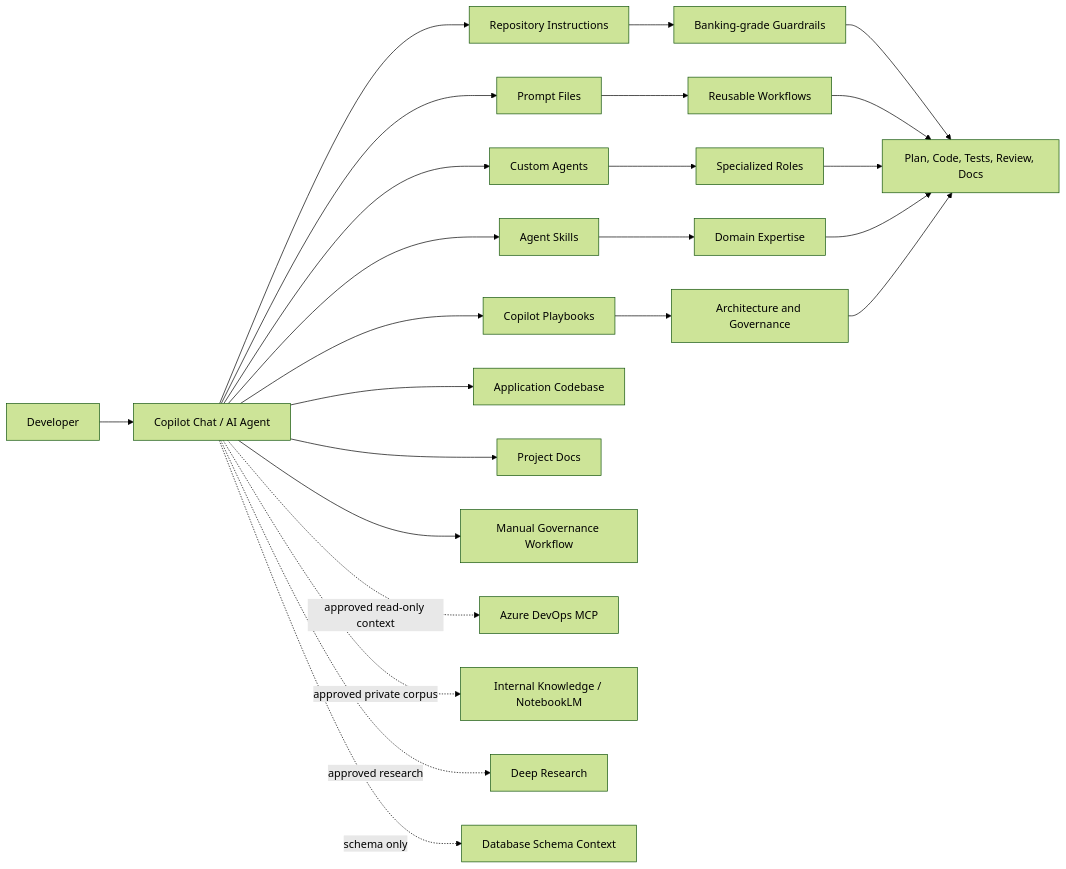
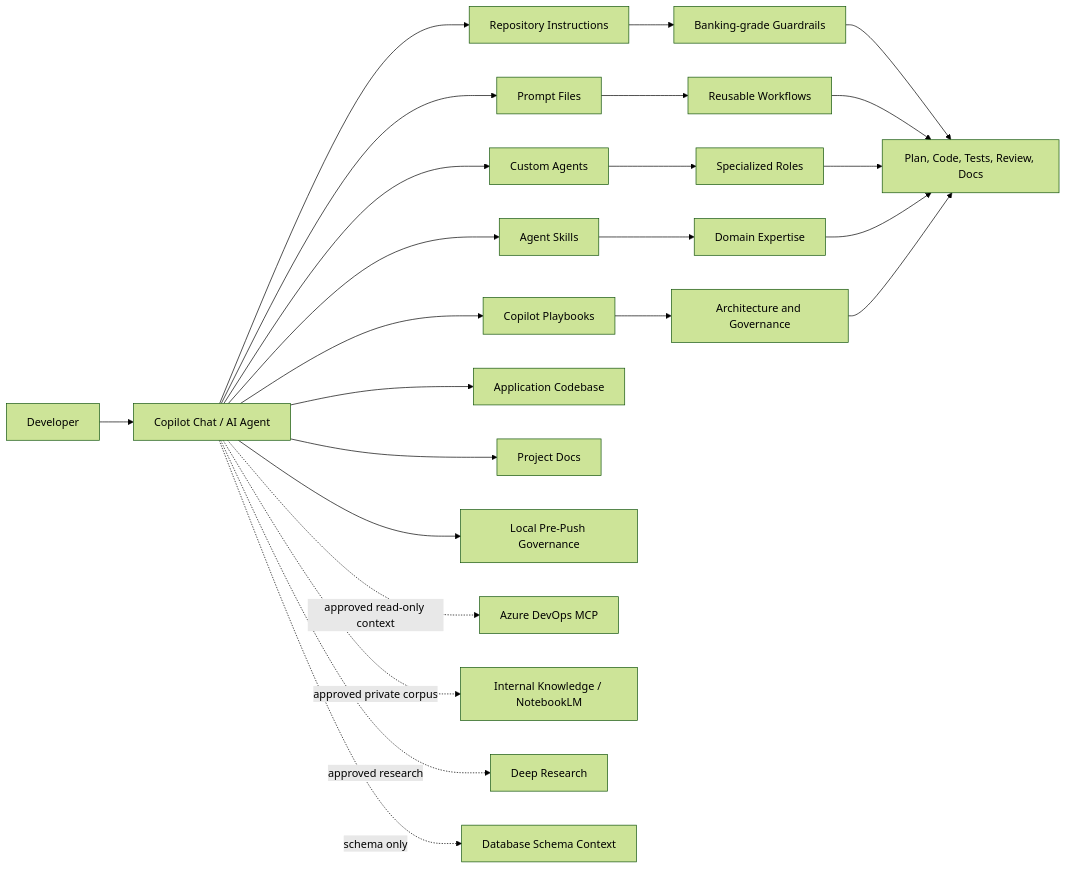
Before and after one commit to phatnguyentan11/AI_SKILLS: the first of 4 diagrams in .github/docs/ai-project-developer-guide.md, drawn with Mermaid (forest theme). The commit also changed other lines of this file and 16 other files, not shown here.

````diff
--- a/.github/docs/ai-project-developer-guide.md
+++ b/.github/docs/ai-project-developer-guide.md
@@ -98,30 +98,30 @@
 ```mermaid
 flowchart LR
     Dev[Developer] --> Chat[Copilot Chat / AI Agent]
     Chat --> Rules[Repository Instructions]
     Chat --> Prompts[Prompt Files]
     Chat --> Agents[Custom Agents]
     Chat --> Skills[Agent Skills]
     Chat --> Playbooks[Copilot Playbooks]
 
     Rules --> Guardrails[Banking-grade Guardrails]
     Prompts --> Workflows[Reusable Workflows]
     Agents --> Roles[Specialized Roles]
     Skills --> Expertise[Domain Expertise]
     Playbooks --> Governance[Architecture and Governance]
 
     Chat --> Repo[Application Codebase]
     Chat --> Docs[Project Docs]
-    Chat --> ManualCI[Manual Governance Workflow]
+    Chat --> LocalHook[Local Pre-Push Governance]
 
     Chat -. approved read-only context .-> Azure[Azure DevOps MCP]
     Chat -. approved private corpus .-> Knowledge[Internal Knowledge / NotebookLM]
     Chat -. approved research .-> Research[Deep Research]
     Chat -. schema only .-> Schema[Database Schema Context]
 
     Guardrails --> Output[Plan, Code, Tests, Review, Docs]
     Workflows --> Output
     Roles --> Output
     Expertise --> Output
     Governance --> Output
 ```
````
